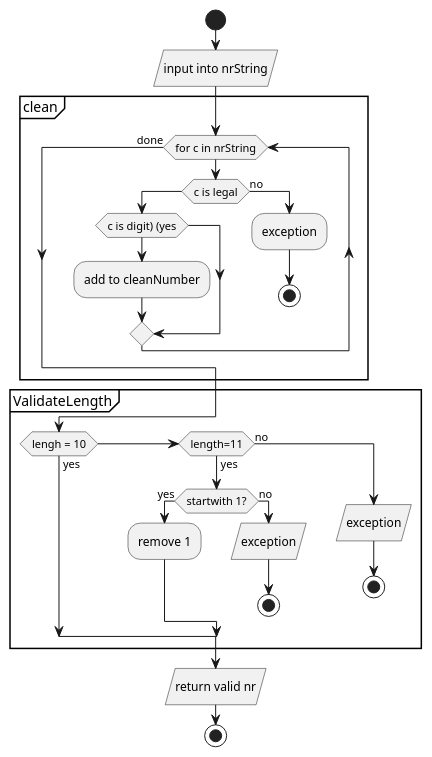
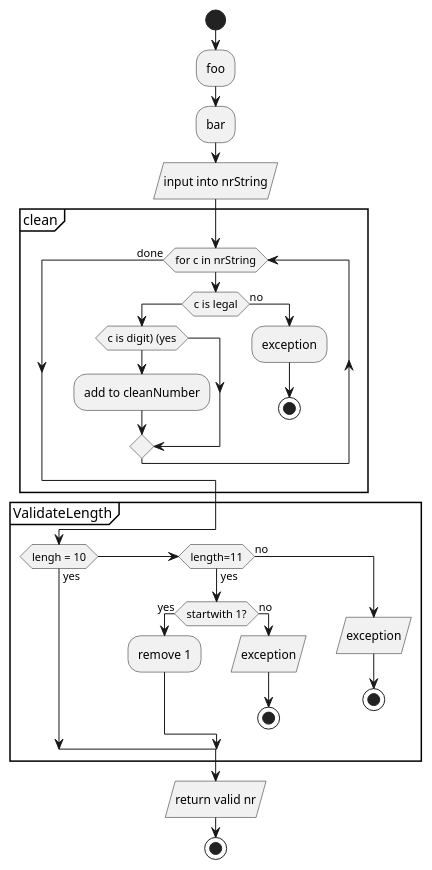
One commit to johanbsson/exercism changed the diagram in java/phone-number/aktivitet.puml. Above: the diagram before and after it, drawn with PlantUML. The commit also changed 4 other files, not shown here.

```diff
--- a/java/phone-number/aktivitet.puml
+++ b/java/phone-number/aktivitet.puml
@@ -1,36 +1,38 @@
 @startuml
 start
+:foo;
+:bar;
 :input into nrString/
 'clean and validate content
 partition clean {
 while (for c in nrString)
     if (c is legal)
         if (c is digit) (yes)
             :add to cleanNumber;
         endif
     else (no)
         :exception;
         stop
     endif
 endwhile (done)
 
 }
 'validate length
 partition ValidateLength {
     if (lengh = 10) then (yes)
 
     elseif(length=11) then (yes)
         if(startwith 1?) then (yes)
             :remove 1;
         else (no)
             :exception/
             stop
         endif
     else (no)
         :exception/
          stop
     endif
 }
 :return valid nr/
 stop
 @enduml
```
